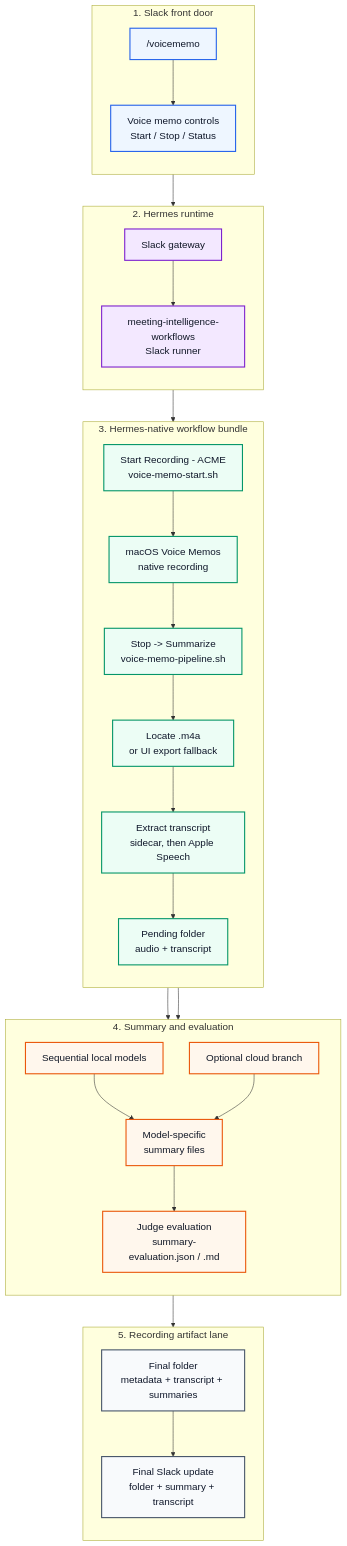
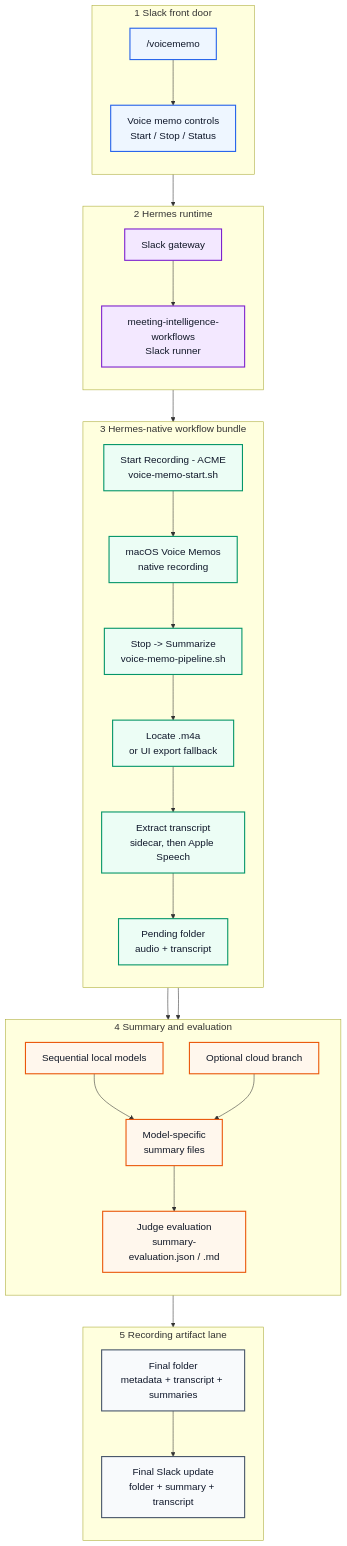
One commit to jbelnick/meeting-intelligence-pipelines changed the diagram in docs/real-workflow.md. Above: the diagram before and after it, drawn with Mermaid. The commit also changed 3 other files, not shown here.

````diff
--- a/docs/real-workflow.md
+++ b/docs/real-workflow.md
@@ -7,58 +7,58 @@
 ```mermaid
 %%{init: {"flowchart": {"curve": "basis", "nodeSpacing": 48, "rankSpacing": 58}, "themeVariables": {"fontSize": "18px", "fontFamily": "Inter, ui-sans-serif, system-ui"}}}%%
 flowchart TB
-    subgraph Slack["1. Slack front door"]
+    subgraph Slack["1 Slack front door"]
         direction TB
         Command["/voicememo"]
         Panel["Voice memo controls<br/>Start / Stop / Status"]
     end
 
-    subgraph Hermes["2. Hermes runtime"]
+    subgraph Hermes["2 Hermes runtime"]
         direction TB
         Gateway["Slack gateway"]
         Runner["meeting-intelligence-workflows<br/>Slack runner"]
     end
 
-    subgraph Native["3. Hermes-native workflow bundle"]
+    subgraph Native["3 Hermes-native workflow bundle"]
         direction TB
         Start["Start Recording - ACME<br/>voice-memo-start.sh"]
         Record["macOS Voice Memos<br/>native recording"]
         Stop["Stop -> Summarize<br/>voice-memo-pipeline.sh"]
         Audio["Locate .m4a<br/>or UI export fallback"]
         Transcript["Extract transcript<br/>sidecar, then Apple Speech"]
         Pending["Pending folder<br/>audio + transcript"]
     end
 
-    subgraph Summary["4. Summary and evaluation"]
+    subgraph Summary["4 Summary and evaluation"]
         direction TB
         Local["Sequential local models"]
         Cloud["Optional cloud branch"]
         Summaries["Model-specific<br/>summary files"]
         Eval["Judge evaluation<br/>summary-evaluation.json / .md"]
     end
 
-    subgraph Store["5. Recording artifact lane"]
+    subgraph Store["5 Recording artifact lane"]
         direction TB
         Final["Final folder<br/>metadata + transcript + summaries"]
         Update["Final Slack update<br/>folder + summary + transcript"]
     end
 
     Command --> Panel --> Gateway --> Runner
     Runner --> Start --> Record --> Stop
     Stop --> Audio --> Transcript --> Pending
     Pending --> Local --> Summaries
     Pending --> Cloud --> Summaries
     Summaries --> Eval --> Final --> Update
 
     classDef slack fill:#eef6ff,stroke:#2563eb,stroke-width:2px,color:#0f172a
     classDef hermes fill:#f3e8ff,stroke:#7e22ce,stroke-width:2px,color:#111827
     classDef native fill:#ecfdf5,stroke:#059669,stroke-width:2px,color:#0f172a
     classDef model fill:#fff7ed,stroke:#ea580c,stroke-width:2px,color:#111827
     classDef artifact fill:#f8fafc,stroke:#475569,stroke-width:2px,color:#0f172a
 
     class Command,Panel slack
     class Gateway,Runner hermes
     class Start,Record,Stop,Audio,Transcript,Pending native
     class Local,Cloud,Summaries,Eval model
     class Final,Update artifact
 ```
````
